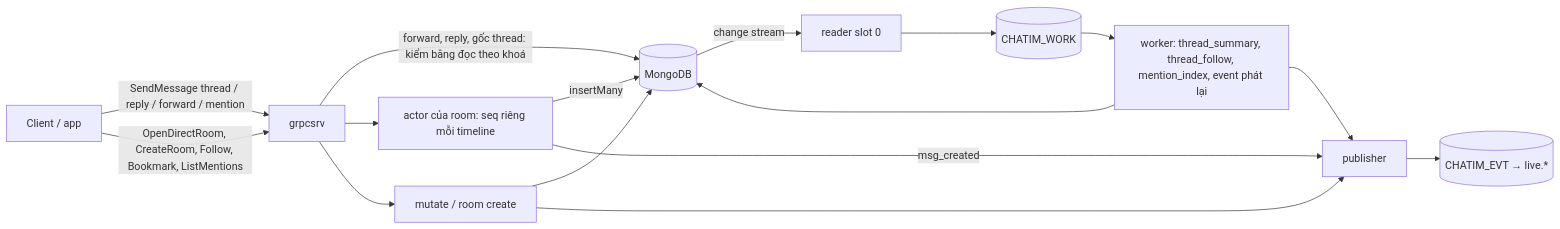
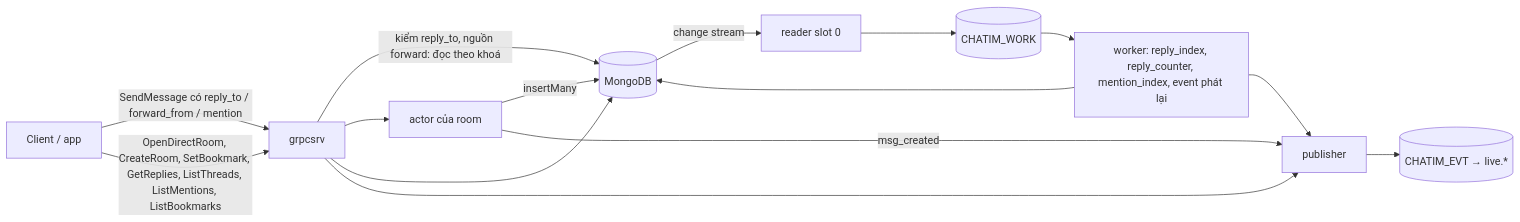
The first of 5 diagrams in docs/plans/2026-10-10-m2c-threads-mentions-summary.md (ivannguyendev/chatim), drawn with Mermaid before and after one commit. The commit also changed other lines of this file and 2 other files, not shown here.

First line of the commit message:
docs: rework the M2c summary after owner review

````diff
--- a/docs/plans/2026-10-10-m2c-threads-mentions-summary.md
+++ b/docs/plans/2026-10-10-m2c-threads-mentions-summary.md
@@ -39,18 +41,17 @@
 ```mermaid
 flowchart LR
-  C[Client / app] -->|SendMessage thread / reply / forward / mention| G[grpcsrv]
-  G -->|forward, reply, gốc thread: kiểm bằng đọc theo khoá| M[(MongoDB)]
-  G --> A[actor của room: seq riêng mỗi timeline]
+  C[Client / app] -->|SendMessage có reply_to / forward_from / mention| G[grpcsrv]
+  G -->|kiểm reply_to, nguồn forward: đọc theo khoá| M[(MongoDB)]
+  G --> A[actor của room]
   A -->|insertMany| M
   A -->|msg_created| P[publisher]
-  C -->|OpenDirectRoom, CreateRoom, Follow, Bookmark, ListMentions| G
-  G --> MU[mutate / room create]
-  MU --> M
-  MU --> P
+  C -->|OpenDirectRoom, CreateRoom, SetBookmark, GetReplies, ListThreads, ListMentions, ListBookmarks| G
+  G --> M
+  G --> P
   M -->|change stream| R[reader slot 0]
   R --> W[(CHATIM_WORK)]
-  W --> WK[worker: thread_summary, thread_follow, mention_index, event phát lại]
+  W --> WK[worker: reply_index, reply_counter, mention_index, event phát lại]
   WK --> M
   WK --> P
   P --> E[(CHATIM_EVT → live.*)]
 ```
````
